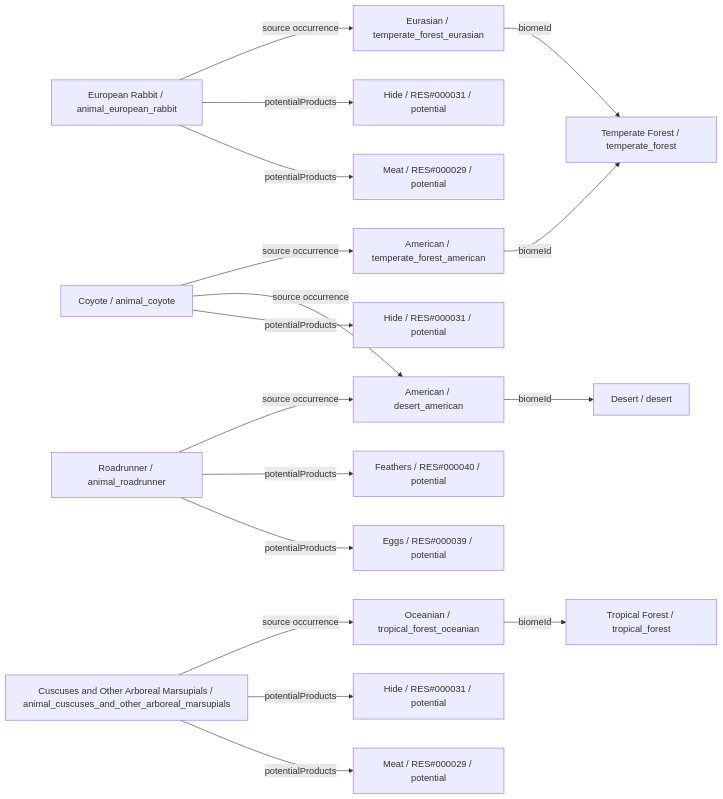
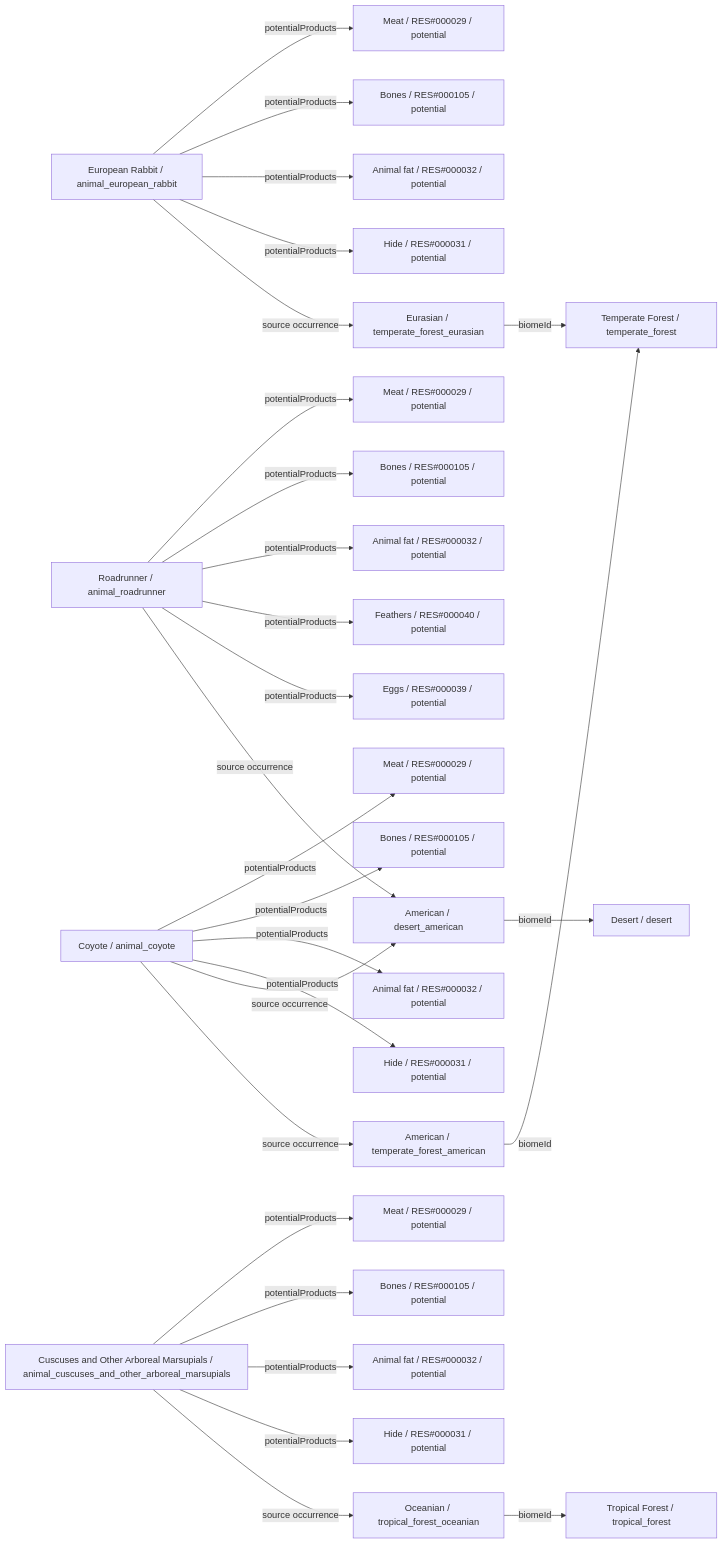
One commit to fgabo404/EvolveDoc changed the seventh of 26 diagrams in data/animals/DIAGRAMS.md. Above: the diagram before and after it, drawn with Mermaid. The commit also changed other lines of this file and 44 other files, not shown here.

````diff
--- a/data/animals/DIAGRAMS.md
+++ b/data/animals/DIAGRAMS.md
@@ -415,37 +549,57 @@
 ```mermaid
 flowchart LR
     c0["European Rabbit / animal_european_rabbit"]
     v4["Eurasian / temperate_forest_eurasian"]
     b1["Temperate Forest / temperate_forest"]
     o0_0["Meat / RES#000029 / potential"]
-    o0_1["Hide / RES#000031 / potential"]
+    o0_1["Bones / RES#000105 / potential"]
+    o0_2["Animal fat / RES#000032 / potential"]
+    o0_3["Hide / RES#000031 / potential"]
     c1["Roadrunner / animal_roadrunner"]
     v15["American / desert_american"]
     b4["Desert / desert"]
-    o1_0["Eggs / RES#000039 / potential"]
-    o1_1["Feathers / RES#000040 / potential"]
+    o1_0["Meat / RES#000029 / potential"]
+    o1_1["Bones / RES#000105 / potential"]
+    o1_2["Animal fat / RES#000032 / potential"]
+    o1_3["Feathers / RES#000040 / potential"]
+    o1_4["Eggs / RES#000039 / potential"]
     c2["Coyote / animal_coyote"]
     v5["American / temperate_forest_american"]
-    o2_0["Hide / RES#000031 / potential"]
+    o2_0["Meat / RES#000029 / potential"]
+    o2_1["Bones / RES#000105 / potential"]
+    o2_2["Animal fat / RES#000032 / potential"]
+    o2_3["Hide / RES#000031 / potential"]
     c3["Cuscuses and Other Arboreal Marsupials / animal_cuscuses_and_other_arboreal_marsupials"]
     v3["Oceanian / tropical_forest_oceanian"]
     b0["Tropical Forest / tropical_forest"]
     o3_0["Meat / RES#000029 / potential"]
-    o3_1["Hide / RES#000031 / potential"]
+    o3_1["Bones / RES#000105 / potential"]
+    o3_2["Animal fat / RES#000032 / potential"]
+    o3_3["Hide / RES#000031 / potential"]
     c0 -->|potentialProducts| o0_0
     c0 -->|potentialProducts| o0_1
+    c0 -->|potentialProducts| o0_2
+    c0 -->|potentialProducts| o0_3
     c0 -->|source occurrence| v4
     c1 -->|potentialProducts| o1_0
     c1 -->|potentialProducts| o1_1
+    c1 -->|potentialProducts| o1_2
+    c1 -->|potentialProducts| o1_3
+    c1 -->|potentialProducts| o1_4
     c1 -->|source occurrence| v15
     c2 -->|potentialProducts| o2_0
+    c2 -->|potentialProducts| o2_1
+    c2 -->|potentialProducts| o2_2
+    c2 -->|potentialProducts| o2_3
     c2 -->|source occurrence| v15
     c2 -->|source occurrence| v5
     c3 -->|potentialProducts| o3_0
     c3 -->|potentialProducts| o3_1
+    c3 -->|potentialProducts| o3_2
+    c3 -->|potentialProducts| o3_3
     c3 -->|source occurrence| v3
     v15 -->|biomeId| b4
     v3 -->|biomeId| b0
     v4 -->|biomeId| b1
     v5 -->|biomeId| b1
 ```
````
